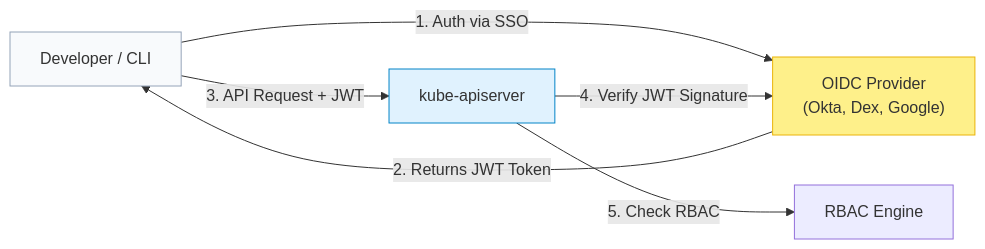
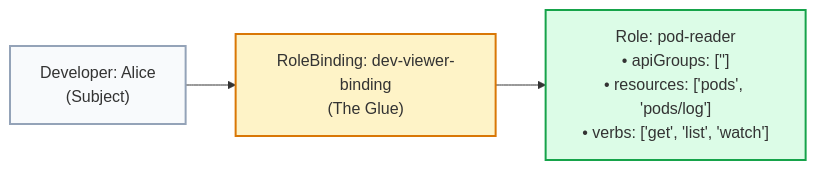
Before and after one commit to PandeyKishan/Study-Notes: the third of 3 diagrams in 02-Kubernetes/04-Storage-Config-and-Security.md, drawn with Mermaid. The commit also changed other lines of this file and 20 other files, not shown here.

````diff
--- a/02-Kubernetes/04-Storage-Config-and-Security.md
+++ b/02-Kubernetes/04-Storage-Config-and-Security.md
@@ -100,12 +125,9 @@
 ```mermaid
 flowchart LR
-    User["Developer / CLI"] -->|1. Auth via SSO| IdP["OIDC Provider\n(Okta, Dex, Google)"]
-    IdP -->|2. Returns JWT Token| User
-    User -->|3. API Request + JWT| API["kube-apiserver"]
-    API -->|4. Verify JWT Signature| IdP
-    API -->|5. Check RBAC| RBAC["RBAC Engine"]
+    User["Developer: Alice\n(Subject)"] --> RB["RoleBinding: dev-viewer-binding\n(The Glue)"]
+    RB --> Role["Role: pod-reader\n• apiGroups: ['']\n• resources: ['pods', 'pods/log']\n• verbs: ['get', 'list', 'watch']"]
 
-    style User fill:#f8fafc,stroke:#94a3b8
-    style IdP fill:#fef08a,stroke:#eab308
-    style API fill:#e0f2fe,stroke:#0284c7
+    style User fill:#f8fafc,stroke:#94a3b8,stroke-width:2px
+    style RB fill:#fef3c7,stroke:#d97706,stroke-width:2px
+    style Role fill:#dcfce7,stroke:#16a34a,stroke-width:2px
 ```
````
